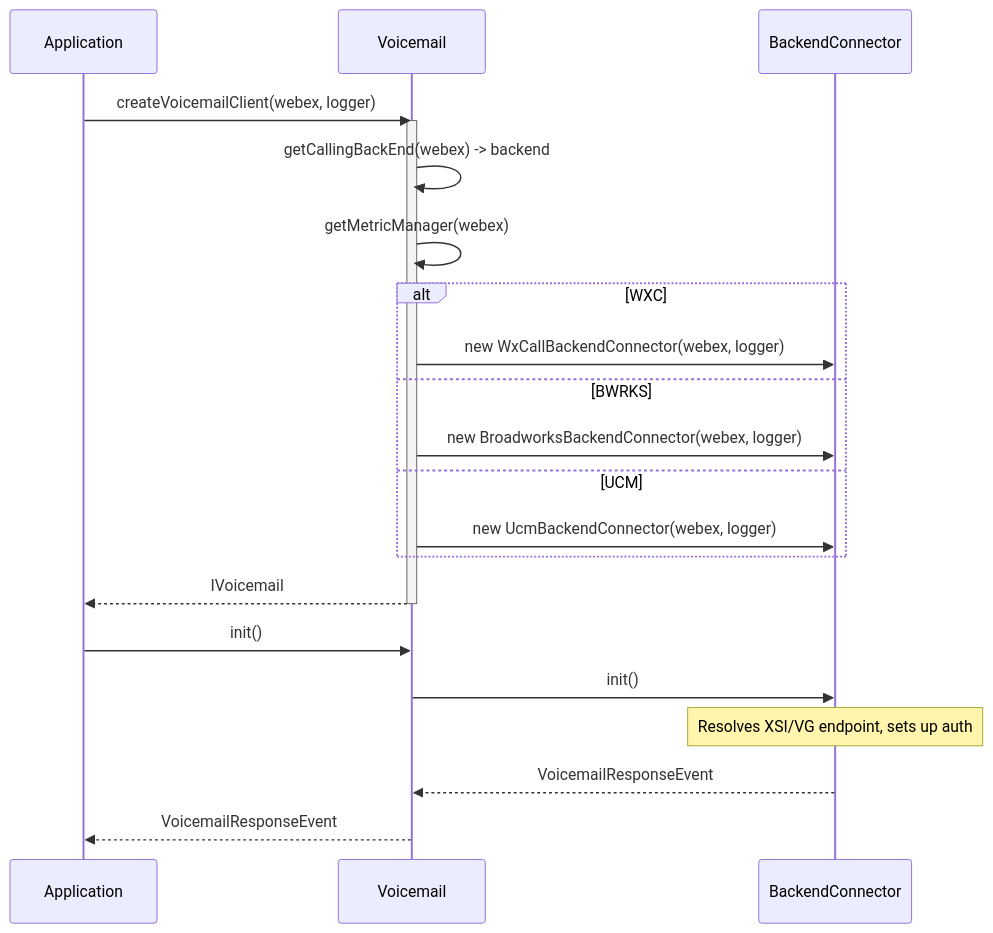
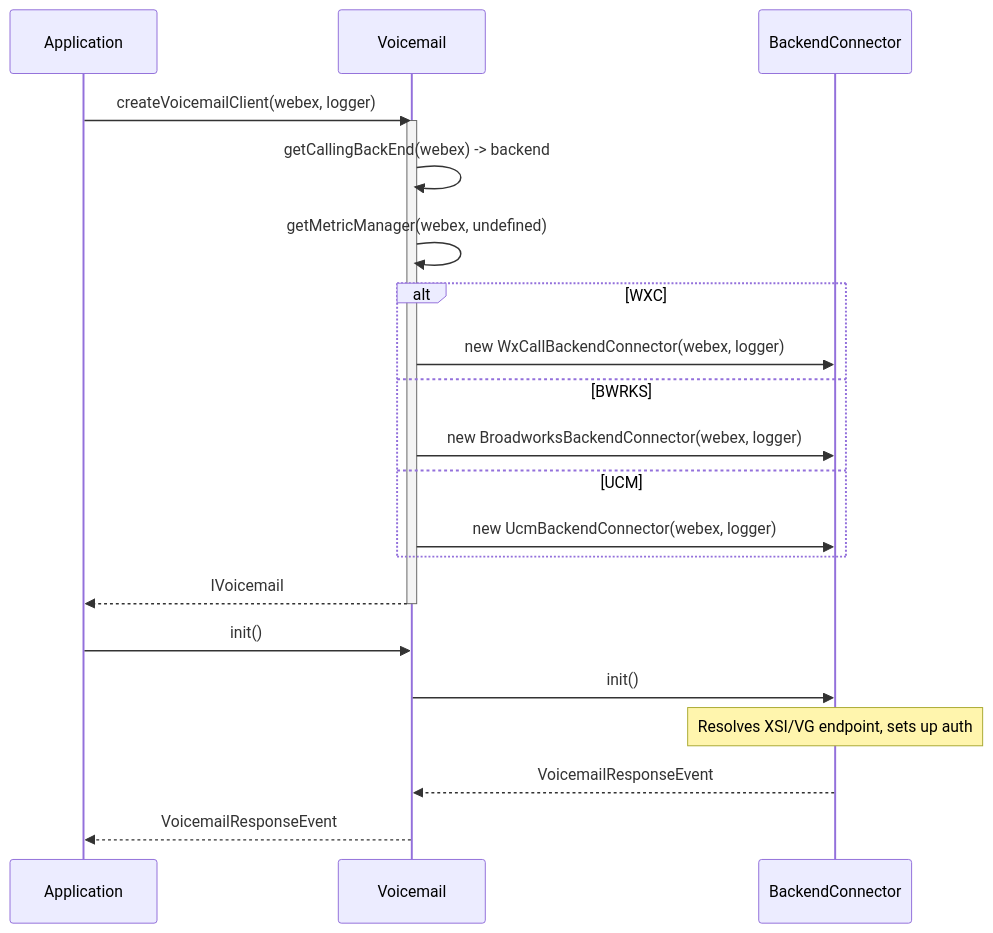
One commit to webex/webex-js-sdk changed the second of 5 diagrams in packages/calling/src/Voicemail/ai-docs/ARCHITECTURE.md. Above: the diagram before and after it, drawn with Mermaid. The commit also changed other lines of this file and 1 other file, not shown here.

````diff
--- a/packages/calling/src/Voicemail/ai-docs/ARCHITECTURE.md
+++ b/packages/calling/src/Voicemail/ai-docs/ARCHITECTURE.md
@@ -90,28 +90,28 @@
 ```mermaid
 sequenceDiagram
     participant App as Application
     participant VM as Voicemail
     participant Conn as BackendConnector
 
     App->>VM: createVoicemailClient(webex, logger)
     activate VM
     VM->>VM: getCallingBackEnd(webex) -> backend
-    VM->>VM: getMetricManager(webex)
+    VM->>VM: getMetricManager(webex, undefined)
 
     alt WXC
         VM->>Conn: new WxCallBackendConnector(webex, logger)
     else BWRKS
         VM->>Conn: new BroadworksBackendConnector(webex, logger)
     else UCM
         VM->>Conn: new UcmBackendConnector(webex, logger)
     end
 
     VM-->>App: IVoicemail
     deactivate VM
 
     App->>VM: init()
     VM->>Conn: init()
     Note over Conn: Resolves XSI/VG endpoint, sets up auth
     Conn-->>VM: VoicemailResponseEvent
     VM-->>App: VoicemailResponseEvent
 ```
````
